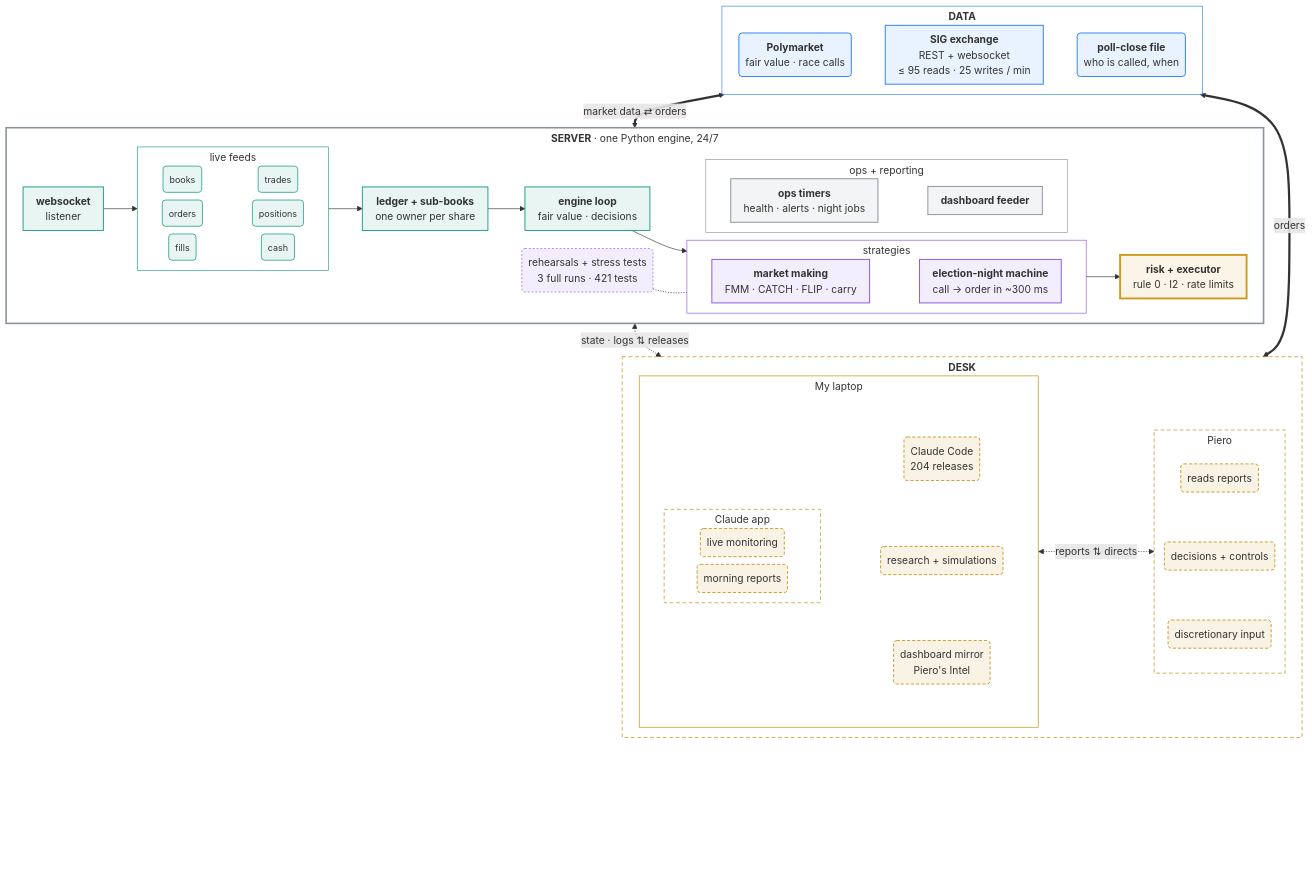
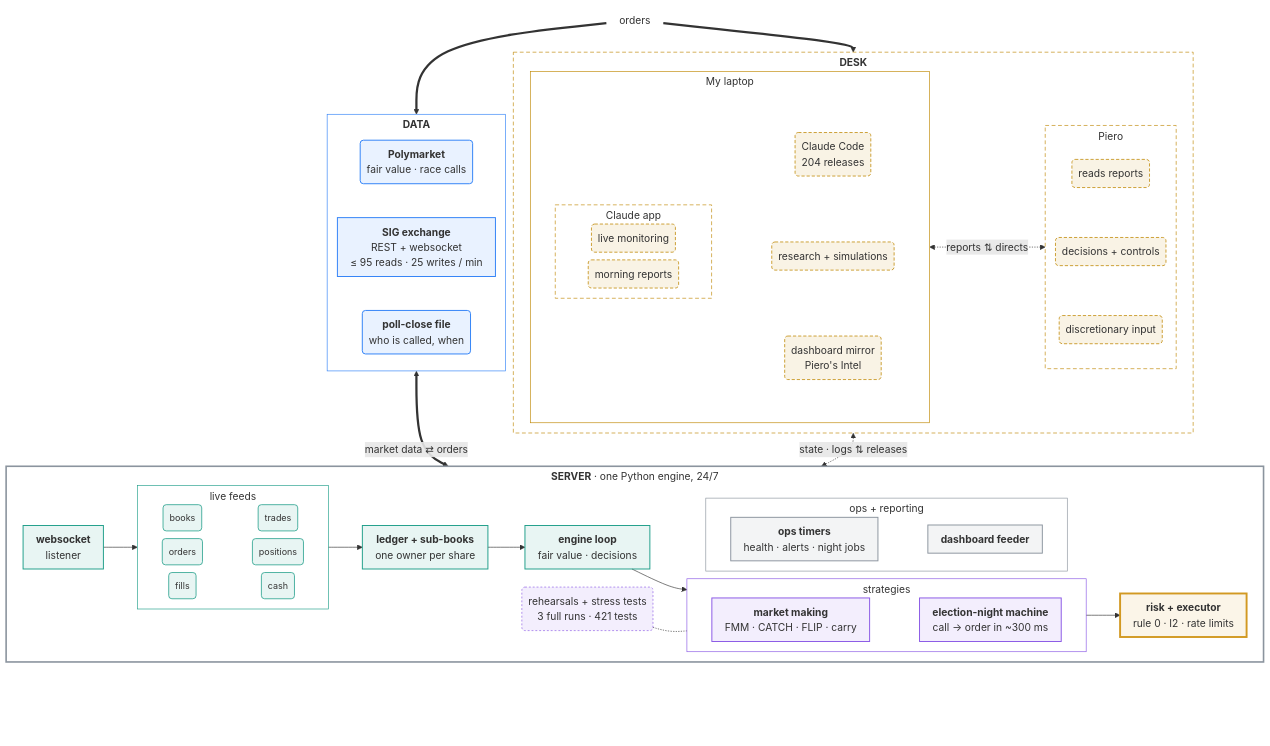
Before and after one commit to pieropls/PredictionsCup26: the diagram in README.md, drawn with Mermaid. The commit also changed other lines of this file and 3 other files, not shown here.

First line of the commit message:
README: DATA and DESK side by side, and two precise wordings

````diff
--- a/README.md
+++ b/README.md
@@ -90,12 +90,42 @@
 ```mermaid
 %%{init: {"flowchart": {"curve": "basis", "nodeSpacing": 12, "rankSpacing": 28, "padding": 10, "wrappingWidth": 300, "subGraphTitleMargin": {"top": 4, "bottom": 10}}, "themeVariables": {"fontSize": "16px"}}}%%
 flowchart TB
+  ORD["orders"]
+
   subgraph DATA["<b>DATA</b>"]
-    direction LR
+    direction TB
     PM("<b>Polymarket</b><br/>fair value · race calls")
     SIG["<b>SIG exchange</b><br/>REST + websocket<br/>≤ 95 reads · 25 writes / min"]
     POLL("<b>poll-close file</b><br/>who is called, when")
     PM ~~~ SIG ~~~ POLL
+  end
+
+  subgraph DESK["<b>DESK</b>"]
+    direction LR
+    subgraph LAPTOP["My laptop"]
+      direction LR
+      subgraph CLAUDE["Claude app"]
+        direction LR
+        MON("live monitoring")
+        MORN("morning reports")
+      end
+      subgraph TOOLS[" "]
+        direction TB
+        CC("Claude Code<br/>204 releases")
+        RES("research + simulations")
+        MIRROR("dashboard mirror<br/>Piero's Intel")
+        CC ~~~ RES ~~~ MIRROR
+      end
+      CLAUDE ~~~ TOOLS
+    end
+    subgraph PIERO["Piero"]
+      direction TB
+      READ("reads reports")
+      DEC("decisions + controls")
+      OVER("discretionary input")
+      READ ~~~ DEC ~~~ OVER
+    end
+    LAPTOP <-.->|reports ⇅ directs| PIERO
   end
 
   subgraph SERVER["<b>SERVER</b> · one Python engine, 24/7"]
@@ -136,38 +166,11 @@
     REH ~~~ SUPPORT
   end
 
-  subgraph DESK["<b>DESK</b>"]
-    direction LR
-    subgraph LAPTOP["My laptop"]
-      direction LR
-      subgraph CLAUDE["Claude app"]
-        direction LR
-        MON("live monitoring")
-        MORN("morning reports")
-      end
-      subgraph TOOLS[" "]
-        direction TB
-        CC("Claude Code<br/>204 releases")
-        RES("research + simulations")
-        MIRROR("dashboard mirror<br/>Piero's Intel")
-        CC ~~~ RES ~~~ MIRROR
-      end
-      CLAUDE ~~~ TOOLS
-    end
-    subgraph PIERO["Piero"]
-      direction TB
-      READ("reads reports")
-      DEC("decisions + controls")
-      OVER("discretionary input")
-      READ ~~~ DEC ~~~ OVER
-    end
-    LAPTOP <-.->|reports ⇅ directs| PIERO
-  end
-
+  ORD ==> DATA
+  ORD ==> DESK
   DATA <==>|"market data ⇄ orders"| SERVER
-  SERVER <-.->|"state · logs ⇅ releases"| DESK
-  DATA <==>|orders| DESK
-  DESK ~~~ PAD["<br/><br/><br/><br/><br/><br/><br/>"]
+  DESK <-.->|"state · logs ⇅ releases"| SERVER
+  SERVER ~~~ PAD["<br/><br/><br/>"]
 
   classDef default fill:none,stroke:#8b949e,stroke-width:1.2px
   classDef data fill:#2f81f71a,stroke:#2f81f7,stroke-width:1.5px
@@ -197,4 +200,5 @@
   style CLAUDE fill:none,stroke:#bf8700,stroke-dasharray:6 4
   style PIERO fill:none,stroke:#bf8700,stroke-dasharray:6 4
   style PAD fill:none,stroke:none
+  style ORD fill:none,stroke:none
 ```
````
